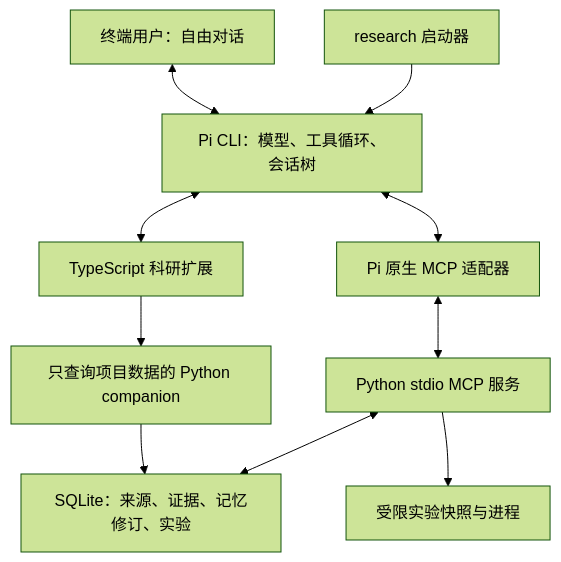
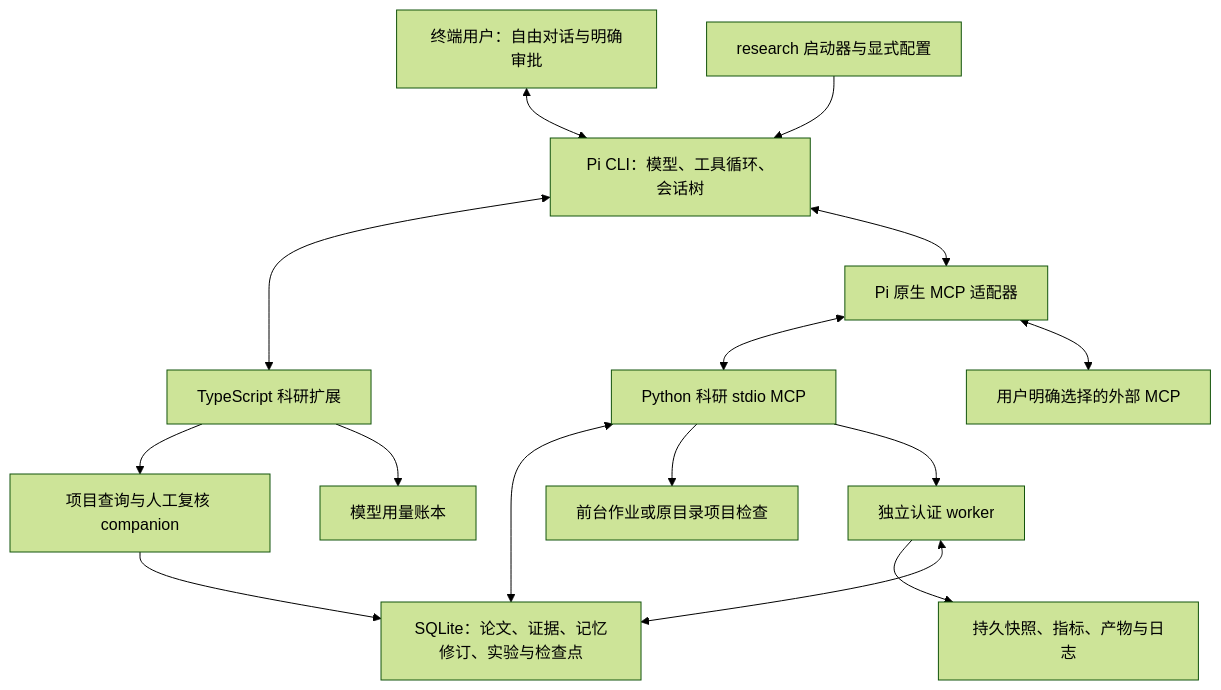
Before and after one commit to zhengye123188/amadeus: the diagram in docs/architecture.md, drawn with Mermaid (forest theme). The commit also changed other lines of this file and 43 other files, not shown here.

````diff
--- a/docs/architecture.md
+++ b/docs/architecture.md
@@ -5,12 +5,17 @@
 ```mermaid
 flowchart TD
-    U[终端用户：自由对话] <--> P[Pi CLI：模型、工具循环、会话树]
-    L[research 启动器] --> P
+    U[终端用户：自由对话与明确审批] <--> P[Pi CLI：模型、工具循环、会话树]
+    L[research 启动器与显式配置] --> P
     P <--> X[TypeScript 科研扩展]
     P <--> M[Pi 原生 MCP 适配器]
-    M <--> B[Python stdio MCP 服务]
-    B <--> D[SQLite：来源、证据、记忆修订、实验]
-    B --> J[受限实验快照与进程]
-    X --> Q[只查询项目数据的 Python companion]
+    M <--> B[Python 科研 stdio MCP]
+    M <--> E[用户明确选择的外部 MCP]
+    B <--> D[SQLite：论文、证据、记忆修订、实验与检查点]
+    B --> J[前台作业或原目录项目检查]
+    B --> W[独立认证 worker]
+    W --> R[持久快照、指标、产物与日志]
+    W <--> D
+    X --> Q[项目查询与人工复核 companion]
     Q --> D
+    X --> A[模型用量账本]
 ```
````
